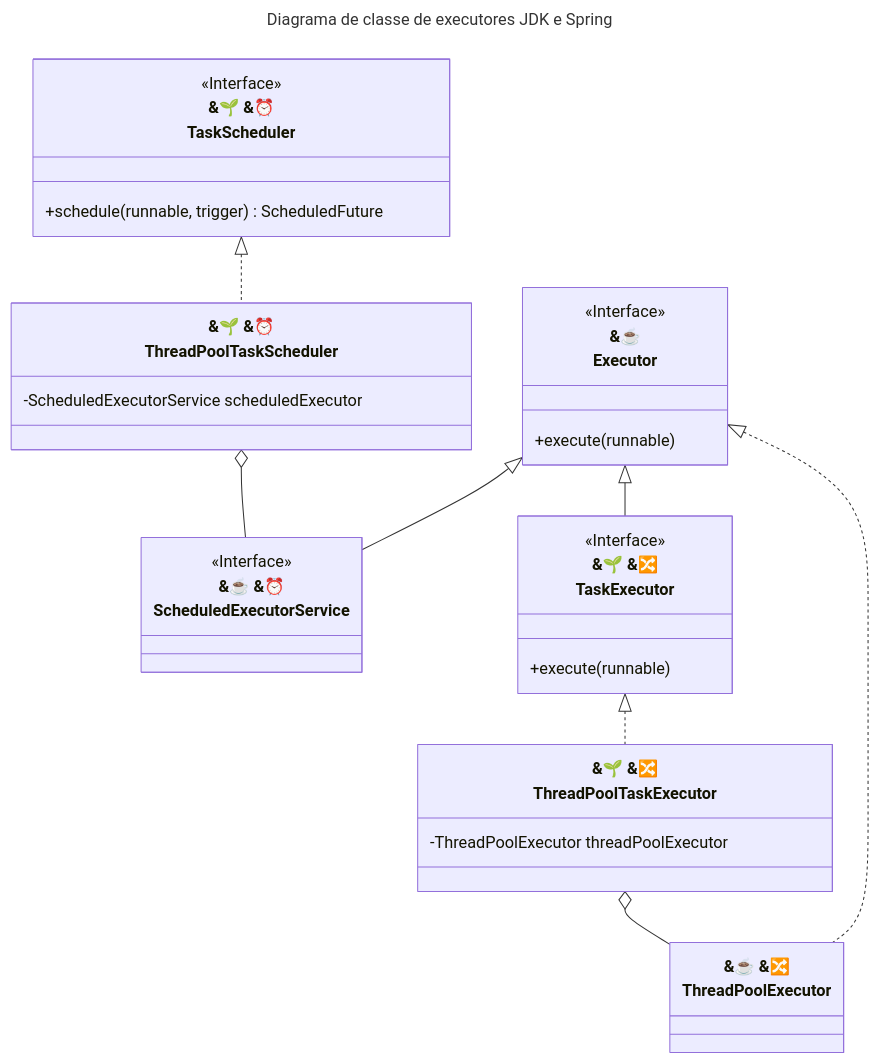
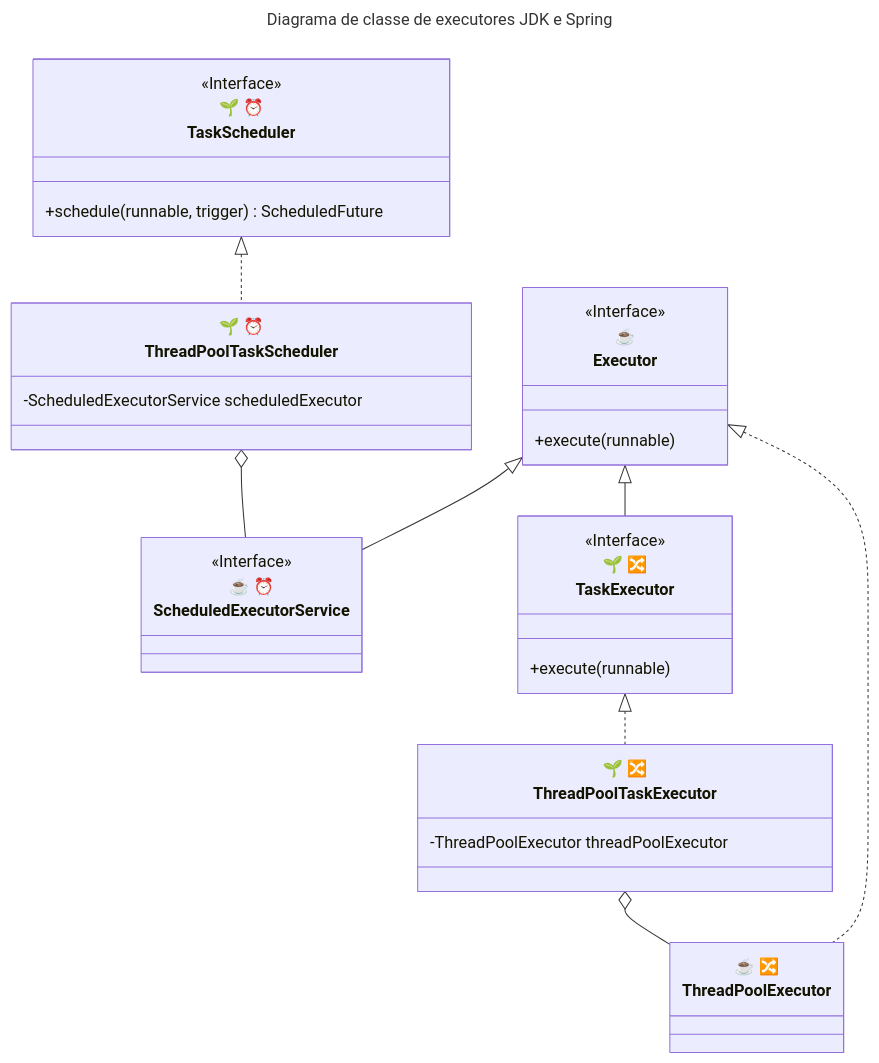
The second of 2 diagrams in doc/async-and-scheduled-task-execution/pauta.md (danmodan/aula-spring-framework), drawn with Mermaid before and after one commit. The commit also changed other lines of this file, not shown here.

````diff
--- a/doc/async-and-scheduled-task-execution/pauta.md
+++ b/doc/async-and-scheduled-task-execution/pauta.md
@@ -45,38 +45,38 @@
 ```mermaid
 ---
 title: Diagrama de classe de executores JDK e Spring
 ---
 classDiagram
-    class Executor["&#9749;<br>Executor"]
+    class Executor["#9749;<br>Executor"]
     <<Interface>> Executor
     Executor: +execute(runnable)
 
-    class ThreadPoolExecutor["&#9749; &#128256;<br>ThreadPoolExecutor"]
+    class ThreadPoolExecutor["#9749; #128256;<br>ThreadPoolExecutor"]
 
-    class ScheduledExecutorService["&#9749; &#9200;<br>ScheduledExecutorService"]
+    class ScheduledExecutorService["#9749; #9200;<br>ScheduledExecutorService"]
     <<Interface>> ScheduledExecutorService
 
-    class TaskExecutor["&#127793; &#128256;<br>TaskExecutor"]
+    class TaskExecutor["#127793; #128256;<br>TaskExecutor"]
     <<Interface>> TaskExecutor
     TaskExecutor: +execute(runnable)
 
-    class TaskScheduler["&#127793; &#9200;<br>TaskScheduler"]
+    class TaskScheduler["#127793; #9200;<br>TaskScheduler"]
     <<Interface>> TaskScheduler
     TaskScheduler: +schedule(runnable, trigger) ScheduledFuture
 
-    class ThreadPoolTaskExecutor["&#127793; &#128256;<br>ThreadPoolTaskExecutor"]
+    class ThreadPoolTaskExecutor["#127793; #128256;<br>ThreadPoolTaskExecutor"]
     ThreadPoolTaskExecutor: -ThreadPoolExecutor threadPoolExecutor
 
-    class ThreadPoolTaskScheduler["&#127793; &#9200;<br>ThreadPoolTaskScheduler"]
+    class ThreadPoolTaskScheduler["#127793; #9200;<br>ThreadPoolTaskScheduler"]
     ThreadPoolTaskScheduler: -ScheduledExecutorService scheduledExecutor
 
     Executor <|.. ThreadPoolExecutor
     Executor <|-- ScheduledExecutorService
     Executor <|-- TaskExecutor
 
     ThreadPoolTaskExecutor o-- ThreadPoolExecutor
     ThreadPoolTaskScheduler o-- ScheduledExecutorService
 
     TaskExecutor <|.. ThreadPoolTaskExecutor
     TaskScheduler <|.. ThreadPoolTaskScheduler
 ```
````
